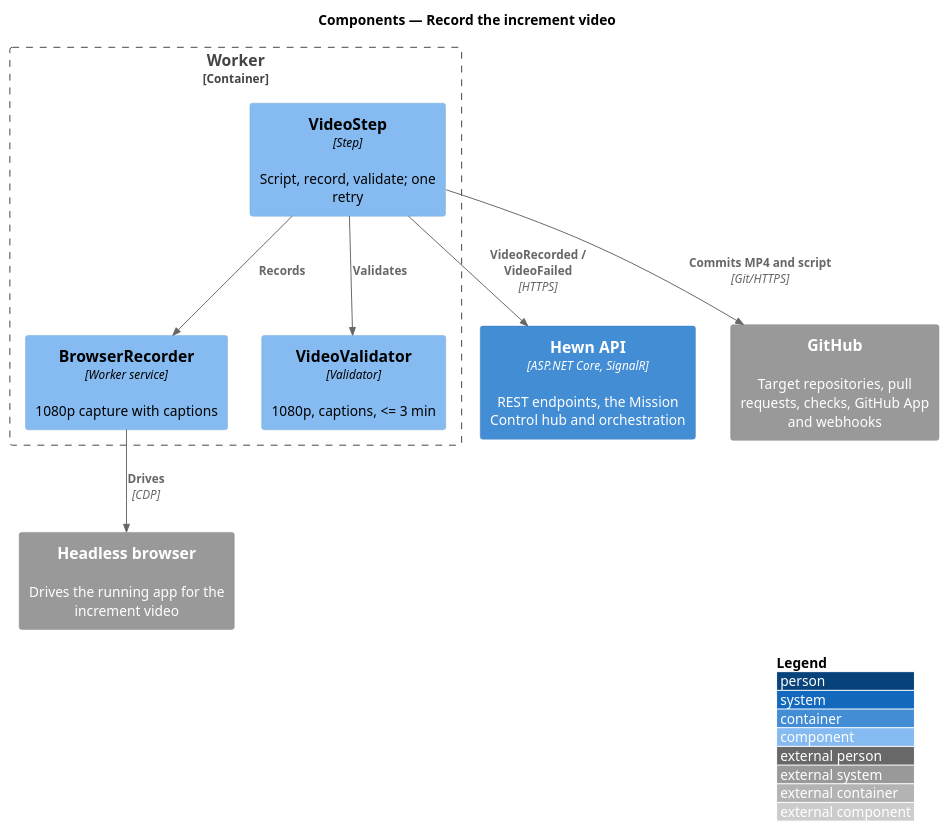
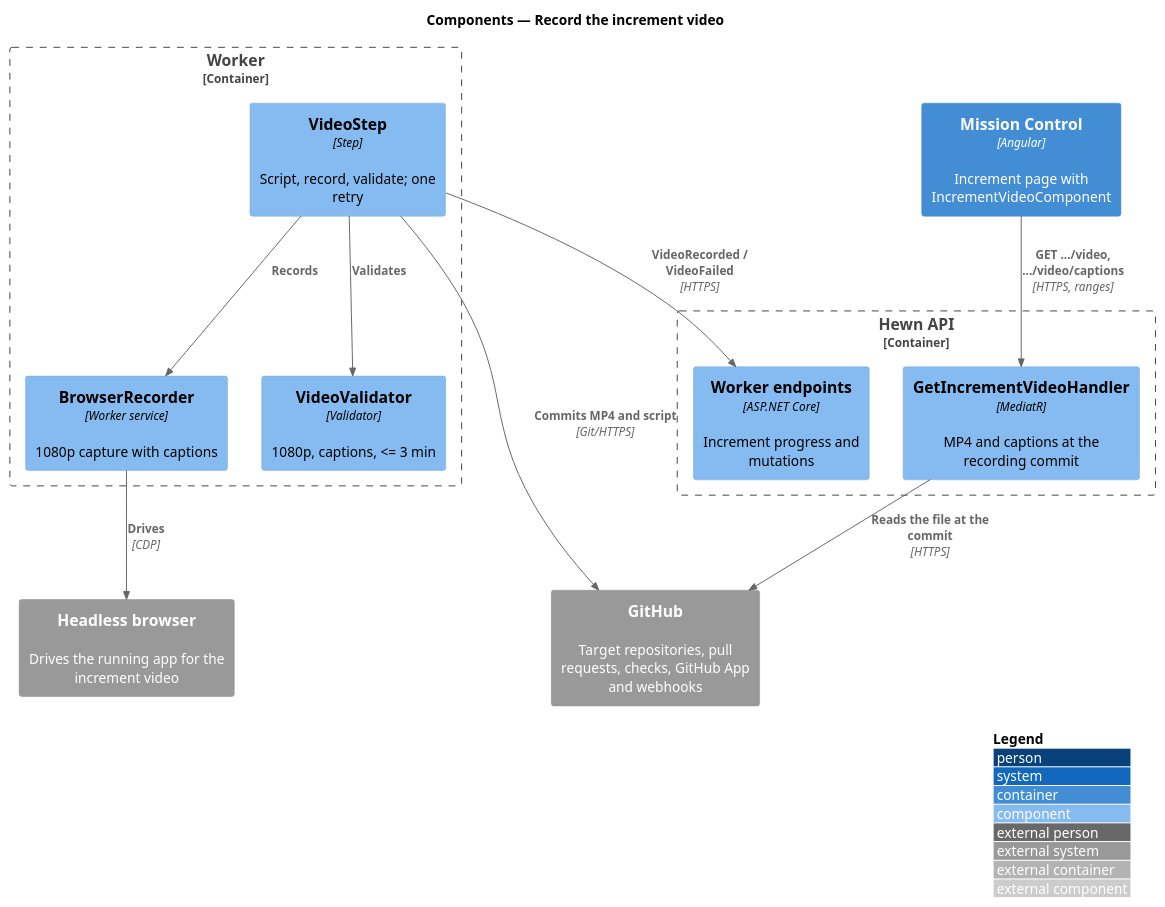
Before and after one commit to QuinntyneBrown/hewn: the diagram in docs/detailed-designs/increments/record-increment-video/diagrams/c4-component.puml, drawn with PlantUML. The commit also changed 59 other files, not shown here.

```diff
--- a/docs/detailed-designs/increments/record-increment-video/diagrams/c4-component.puml
+++ b/docs/detailed-designs/increments/record-increment-video/diagrams/c4-component.puml
@@ -1,20 +1,26 @@
 @startuml
 !include <C4/C4_Component>
 LAYOUT_WITH_LEGEND()
 title Components — Record the increment video
 
-Container(api, "Hewn API", "ASP.NET Core, SignalR", "REST endpoints, the Mission Control hub and orchestration")
+Container(spa, "Mission Control", "Angular", "Increment page with IncrementVideoComponent")
+Container_Boundary(api_b, "Hewn API") {
+  Component(api, "Worker endpoints", "ASP.NET Core", "Increment progress and mutations")
+  Component(serve, "GetIncrementVideoHandler", "MediatR", "MP4 and captions at the recording commit")
+}
 Container_Boundary(worker_b, "Worker") {
   Component(step, "VideoStep", "Step", "Script, record, validate; one retry")
   Component(rec, "BrowserRecorder", "Worker service", "1080p capture with captions")
   Component(val, "VideoValidator", "Validator", "1080p, captions, <= 3 min")
 }
 System_Ext(browser, "Headless browser", "Drives the running app for the increment video")
 System_Ext(github, "GitHub", "Target repositories, pull requests, checks, GitHub App and webhooks")
 
 Rel(step, rec, "Records")
 Rel(rec, browser, "Drives", "CDP")
 Rel(step, val, "Validates")
 Rel(step, github, "Commits MP4 and script", "Git/HTTPS")
 Rel(step, api, "VideoRecorded / VideoFailed", "HTTPS")
+Rel(spa, serve, "GET .../video, .../video/captions", "HTTPS, ranges")
+Rel(serve, github, "Reads the file at the commit", "HTTPS")
 @enduml
```
